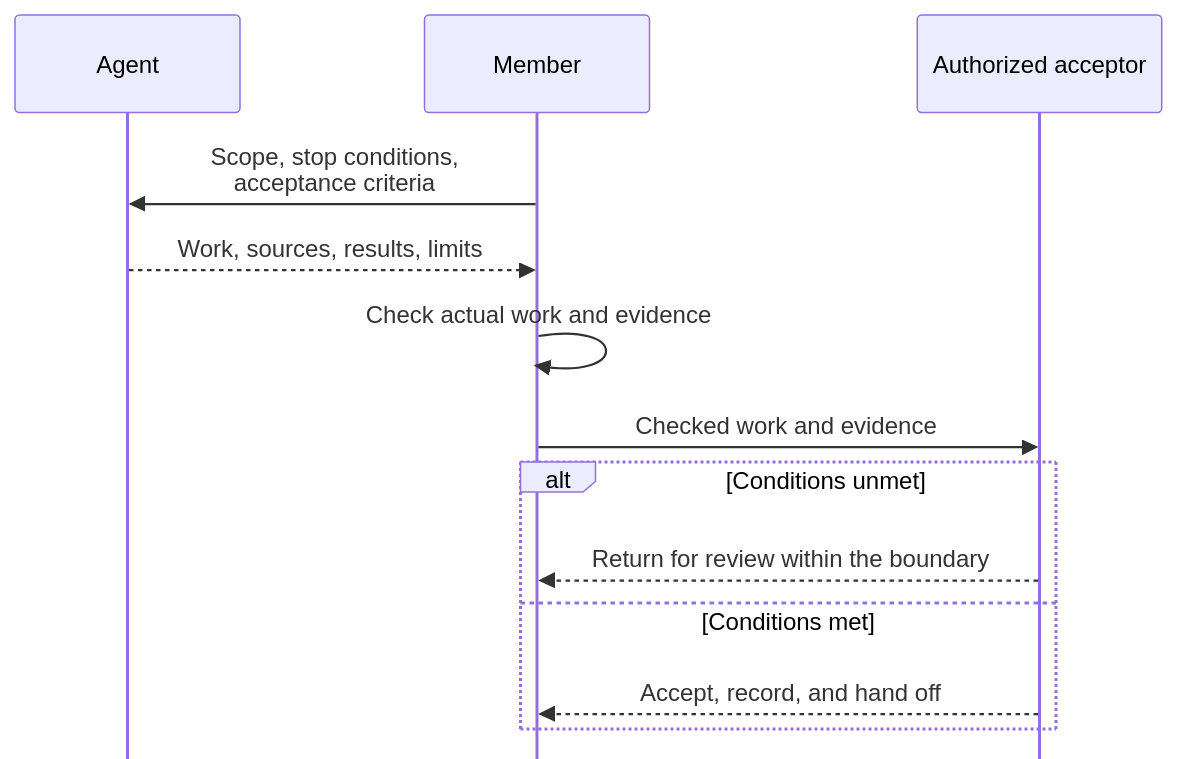
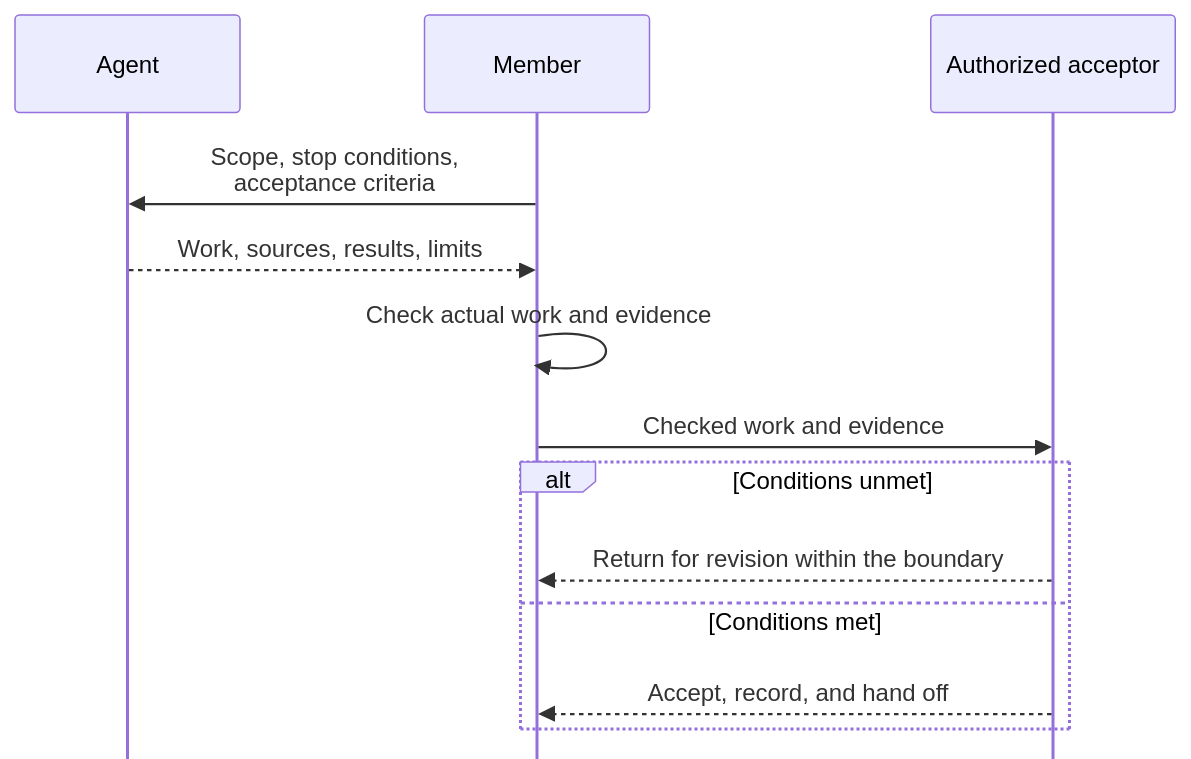
Before and after one commit to HengYangDS/data-department-work-guidelines: the diagram in docs/human-agent.md, drawn with Mermaid. The commit also changed other lines of this file and 6 other files, not shown here.

Commit message:
docs(review): clarify evidence review and bounded escalation

````diff
--- a/docs/human-agent.md
+++ b/docs/human-agent.md
@@ -81,23 +81,23 @@
 ```mermaid
 ---
 config:
   look: classic
   sequence:
     mirrorActors: false
 ---
 sequenceDiagram
     accTitle: Delegation, evidence, and authorized acceptance
-    accDescr: A member sets the delegation boundary. An Agent returns work and evidence. The member checks the actual work and evidence before submitting them to an authorized acceptor. If conditions are unmet, the work returns for review within the delegation boundary. If conditions are met, the acceptor accepts the work, records acceptance, and hands off the result. Participants represent roles, not necessarily different people. People retain authority and responsibility; acceptance never expands permission.
+    accDescr: A member sets the delegation boundary. An Agent returns work and evidence. The member checks the actual work and evidence before submitting them to an authorized acceptor. If conditions are unmet, the work returns for revision within the delegation boundary. If conditions are met, the acceptor accepts the work, records acceptance, and hands off the result. Participants represent roles, not necessarily different people. People retain authority and responsibility; acceptance never expands permission.
     participant Agent
     participant Member
     participant Acceptor as Authorized acceptor
     Member->>Agent: Scope, stop conditions,<br/>acceptance criteria
     Agent-->>Member: Work, sources, results, limits
     Member->>Member: Check actual work and evidence
     Member->>Acceptor: Checked work and evidence
     alt Conditions unmet
-        Acceptor-->>Member: Return for review within the boundary
+        Acceptor-->>Member: Return for revision within the boundary
     else Conditions met
         Acceptor-->>Member: Accept, record, and hand off
     end
 ```
````
